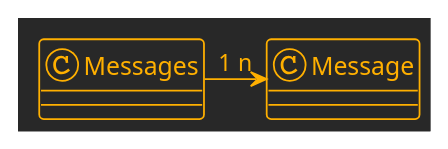
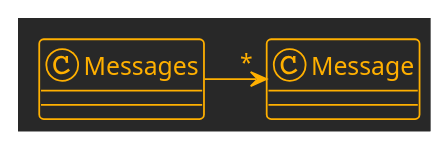
One commit to marknelsonengineer/empire changed the eighth of 10 diagrams in DESIGN_CONCEPTS.md. Above: the diagram before and after it, drawn with PlantUML. The commit also changed other lines of this file and 6 other files, not shown here.

```diff
--- a/DESIGN_CONCEPTS.md
+++ b/DESIGN_CONCEPTS.md
@@ -259,9 +308,9 @@
 @startuml
 !theme crt-amber
 
 class Messages
 class Message
 
-Messages "1" -right-> "n" Message 
+Messages -right-> "*" Message 
 
 @enduml
```
